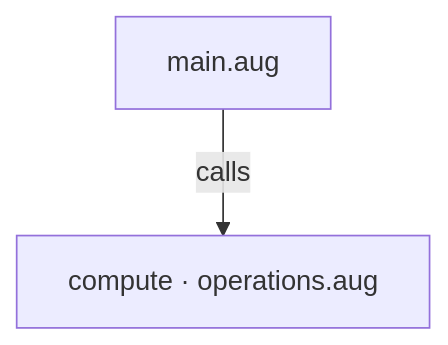
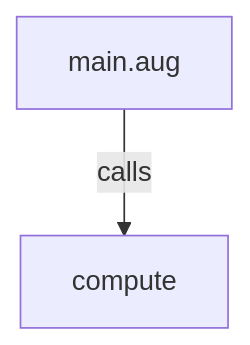
The first of 2 diagrams in benchmarks/tasks/main.aug.diagrams.md (GreenPandaStudios/augscript), drawn with Mermaid before and after one commit. The commit also changed other lines of this file and 524 other files, not shown here.

Commit message:
Explain checked data flow at folder and service levels

````diff
--- a/benchmarks/tasks/main.aug.diagrams.md
+++ b/benchmarks/tasks/main.aug.diagrams.md
@@ -13,6 +11,6 @@
 ```mermaid
 flowchart TD
     n0["main.aug"]
-    n1["compute · operations.aug"]
+    n1["compute"]
     n0 -->|"calls"| n1
 ```
````
